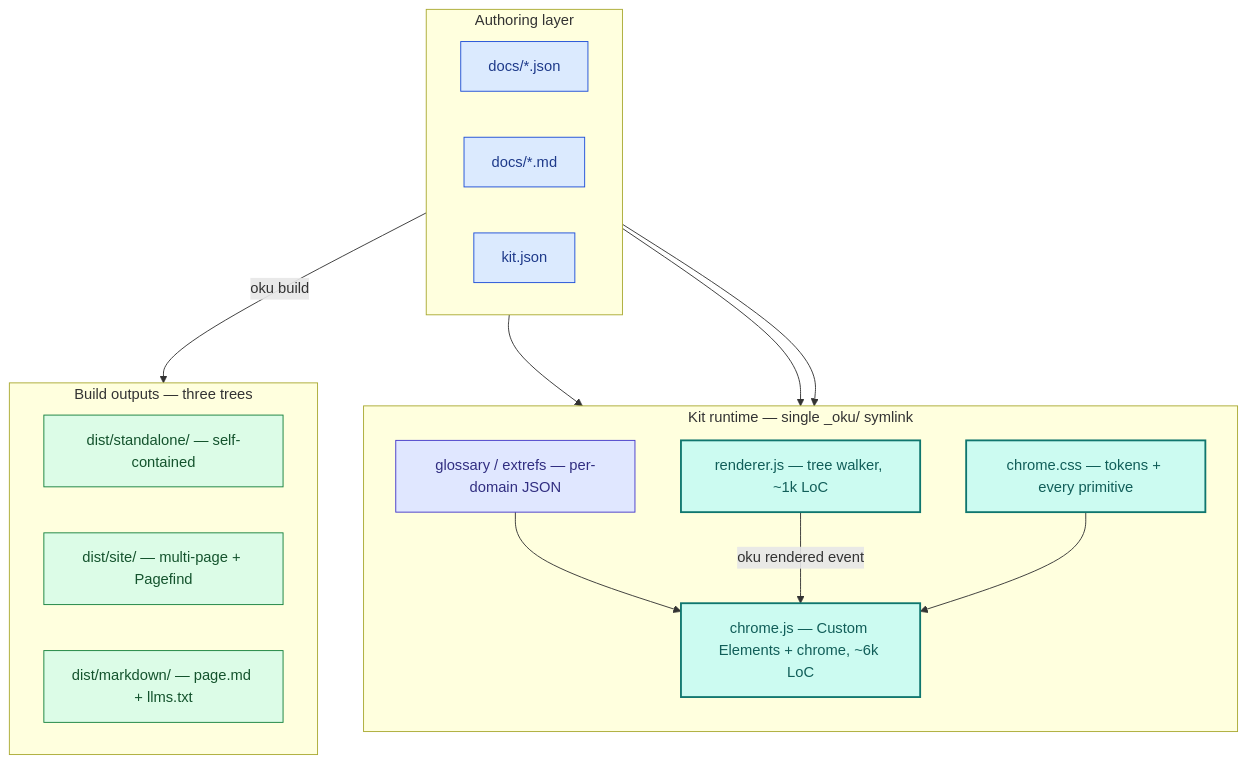
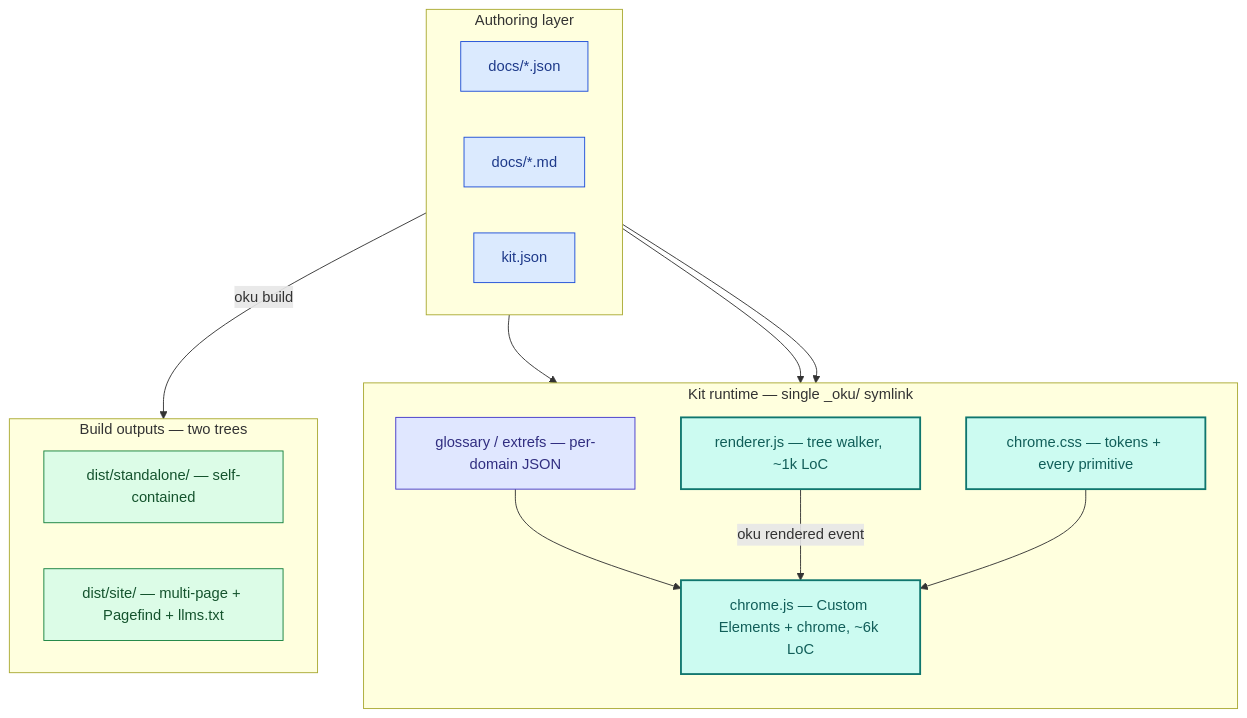
One commit to mmdemirbas/oku changed the first of 6 diagrams in docs/architecture.md. Above: the diagram before and after it, drawn with Mermaid. The commit also changed other lines of this file and 7 other files, not shown here.

````diff
--- a/docs/architecture.md
+++ b/docs/architecture.md
@@ -26,33 +26,32 @@
 ```mermaid
 flowchart TB
     subgraph A[Authoring layer]
       direction LR
       JSON["docs/*.json"]:::auth
       MD["docs/*.md"]:::auth
       KITJ["kit.json"]:::auth
     end
     subgraph R[Kit runtime — single _oku/ symlink]
       direction TB
       RND["renderer.js — tree walker, ~1k LoC"]:::rt
       CHR["chrome.js — Custom Elements + chrome, ~6k LoC"]:::rt
       CSS["chrome.css — tokens + every primitive"]:::rt
       REG["glossary / extrefs — per-domain JSON"]:::reg
     end
-    subgraph O[Build outputs — three trees]
+    subgraph O[Build outputs — two trees]
       direction LR
       STA["dist/standalone/ — self-contained"]:::out
-      SIT["dist/site/ — multi-page + Pagefind"]:::out
-      MDT["dist/markdown/ — page.md + llms.txt"]:::out
+      SIT["dist/site/ — multi-page + Pagefind + llms.txt"]:::out
     end
     JSON --> RND
     MD --> RND
     KITJ --> CHR
     REG --> CHR
     RND -->|oku rendered event| CHR
     CSS --> CHR
     A -->|oku build| O
     classDef auth fill:#dbeafe,stroke:#1d4ed8,color:#1e3a8a
     classDef rt fill:#ccfbf1,stroke:#0f766e,color:#115e59,stroke-width:2px
     classDef reg fill:#e0e7ff,stroke:#4338ca,color:#312e81
     classDef out fill:#dcfce7,stroke:#15803d,color:#14532d
 ```
````
